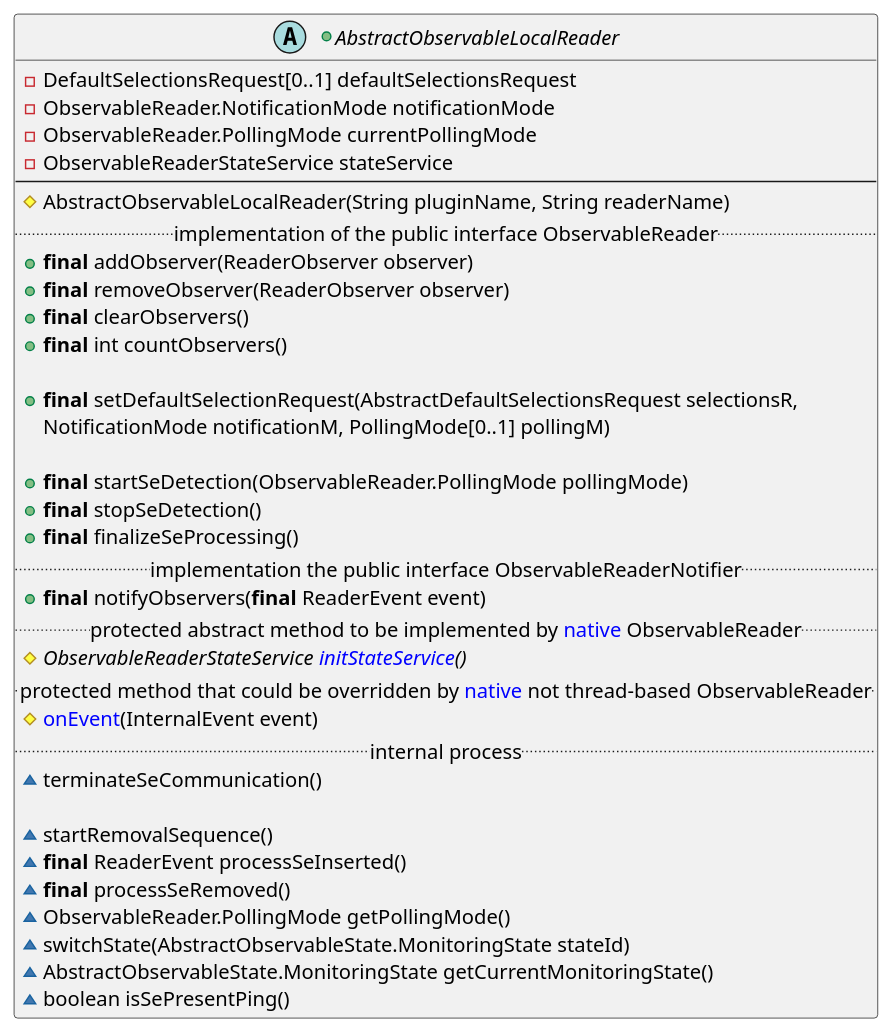
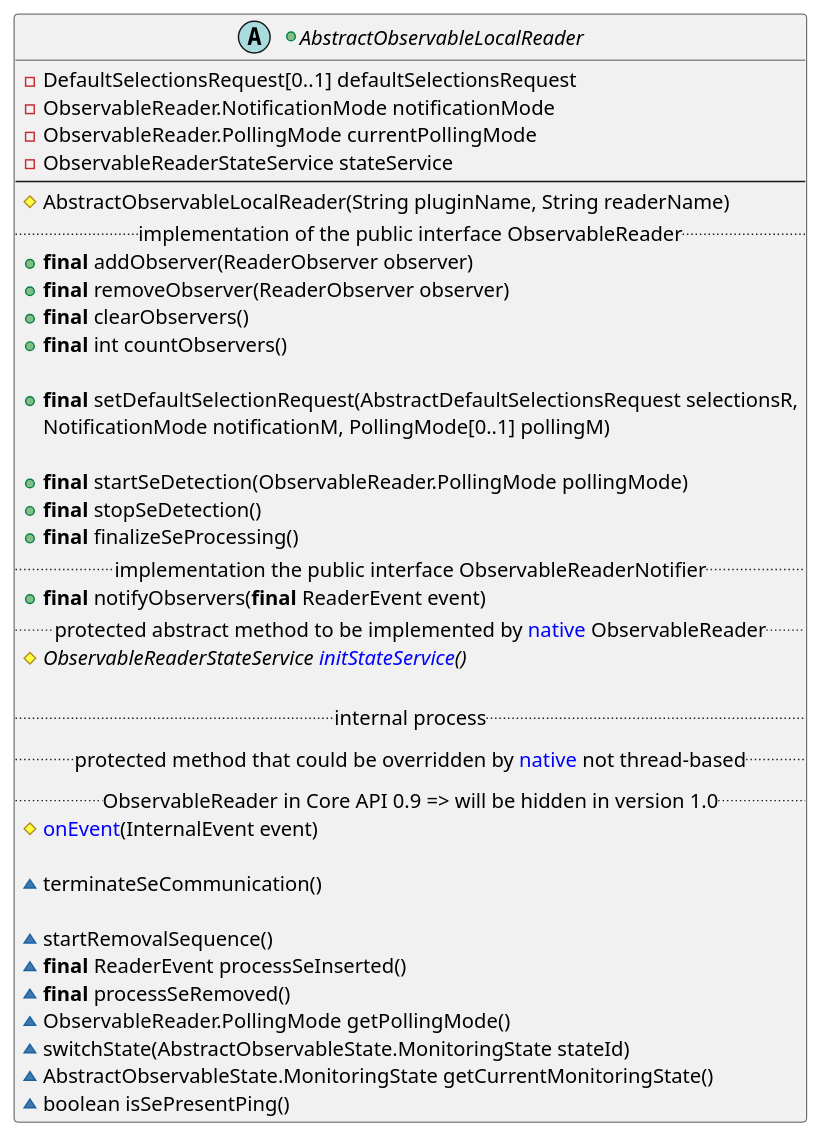
One commit to calypsonet/keyple changed diagram 16 of 17 in src/KeypleCoreApi/Plugin/puml/KeypleCore-PluginApi-ClassDiag-SE_Proxy-ClassElements.iuml. Above: the diagram before and after it, drawn with PlantUML. The commit also changed other lines of this file and 4 other files, not shown here.

```diff
--- a/src/KeypleCoreApi/Plugin/puml/KeypleCore-PluginApi-ClassDiag-SE_Proxy-ClassElements.iuml
+++ b/src/KeypleCoreApi/Plugin/puml/KeypleCore-PluginApi-ClassDiag-SE_Proxy-ClassElements.iuml
@@ -406,43 +373,45 @@
 @startuml(id=PLUGIN_OBSERVABLEREADER_0_9_0)
 +abstract AbstractObservableLocalReader {
   -DefaultSelectionsRequest[0..1] defaultSelectionsRequest
   -ObservableReader.NotificationMode notificationMode
   -ObservableReader.PollingMode currentPollingMode
   -ObservableReaderStateService stateService
   --
   #AbstractObservableLocalReader(String pluginName, String readerName)
 '
   .. implementation of the public interface ObservableReader ..
   +<b>final</b> addObserver(ReaderObserver observer)
   +<b>final</b> removeObserver(ReaderObserver observer)
   +<b>final</b> clearObservers()
   +<b>final</b> int countObservers()
 
   +<b>final</b> setDefaultSelectionRequest(AbstractDefaultSelectionsRequest selectionsR,
       NotificationMode notificationM, PollingMode[0..1] pollingM)
 
   +<b>final</b> startSeDetection(ObservableReader.PollingMode pollingMode)
   +<b>final</b> stopSeDetection()
   +<b>final</b> finalizeSeProcessing()
 '
   .. implementation the public interface ObservableReaderNotifier ..
   +<b>final</b> notifyObservers(<b>final</b> ReaderEvent event)
 '
   .. protected abstract method to be implemented by <color:blue>native</color> ObservableReader ..
   #{abstract} ObservableReaderStateService <color:blue>initStateService</color>()
-'
-  .. protected method that could be overridden by <color:blue>native</color> not thread-based ObservableReader ..
+
+  .. internal process ..
+  .. protected method that could be overridden by <color:blue>native</color> not thread-based ..
+  .. ObservableReader in Core API 0.9 => will be hidden in version 1.0 ..
   #<color:blue>onEvent</color>(InternalEvent event)
 '
-  .. internal process ..
+
   ~terminateSeCommunication()
 
   ~startRemovalSequence()
   ~<b>final</b> ReaderEvent processSeInserted()
   ~<b>final</b> processSeRemoved()
   ~ObservableReader.PollingMode getPollingMode()
   ~switchState(AbstractObservableState.MonitoringState stateId)
   ~AbstractObservableState.MonitoringState getCurrentMonitoringState()
   ~boolean isSePresentPing()
 }
 @enduml
```
